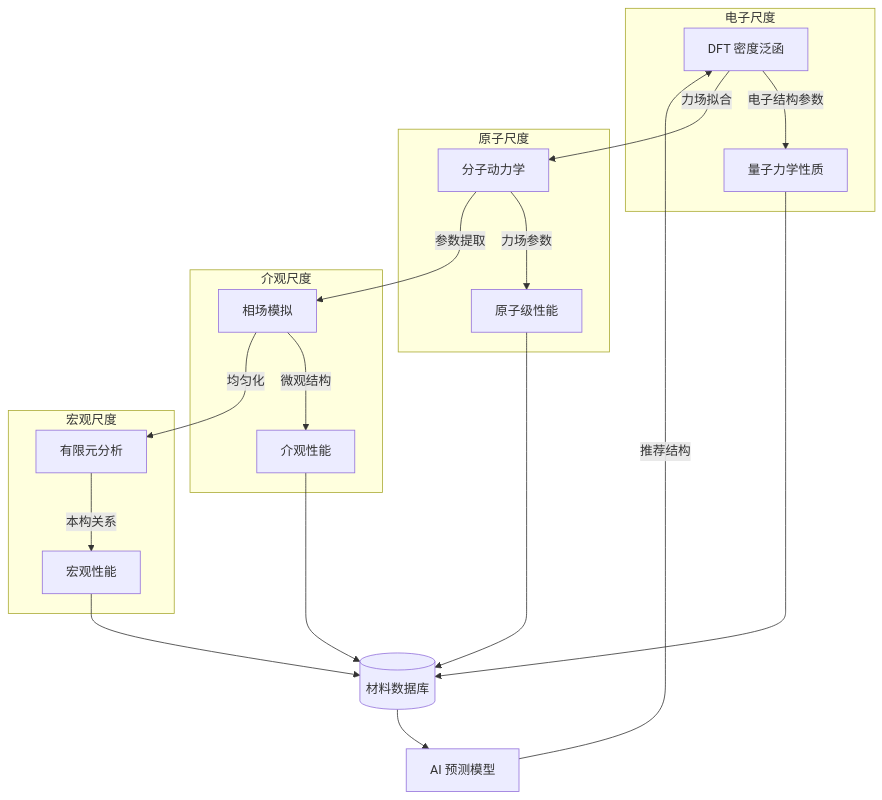
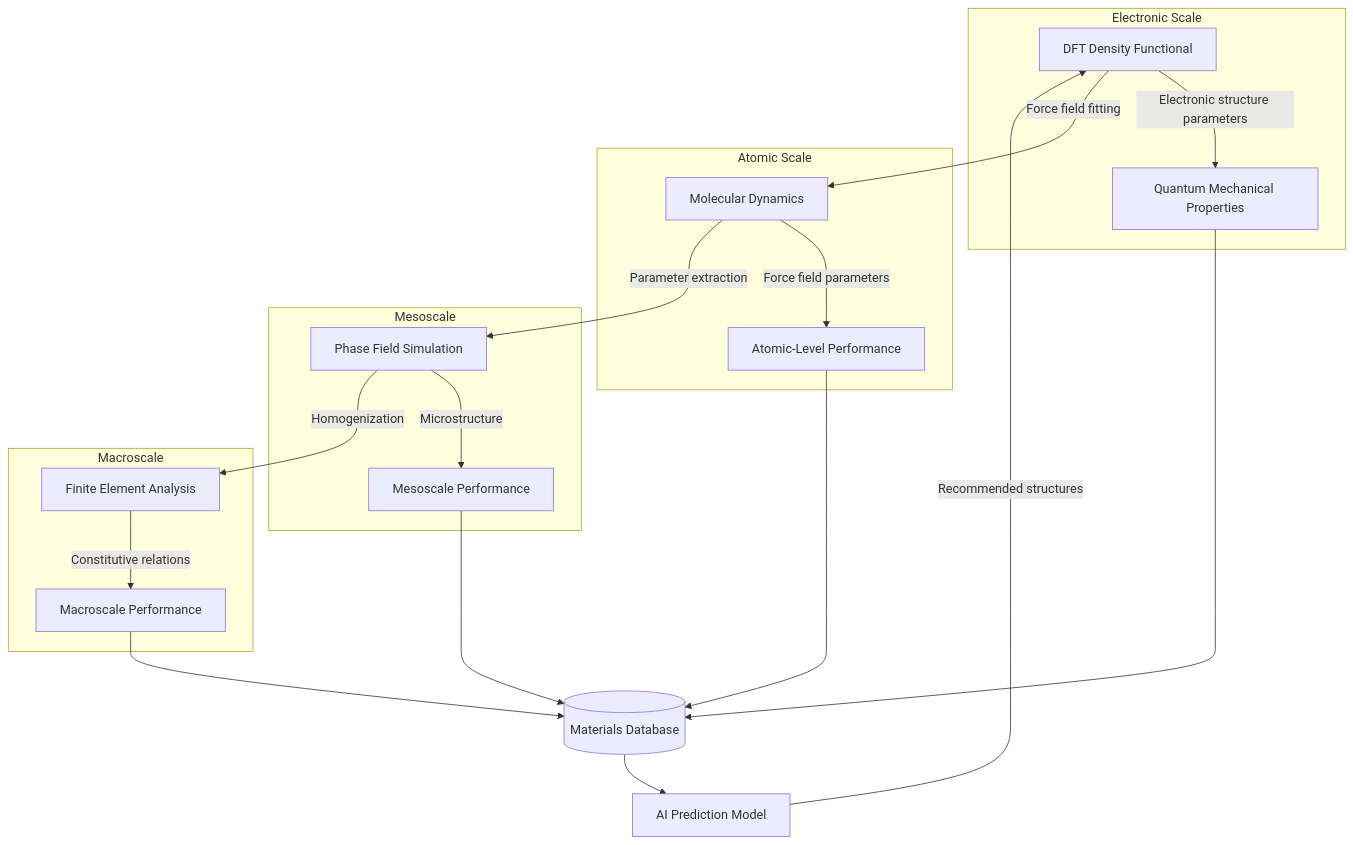
Before and after one commit to teaglebuilt/knowledge-tree: the third of 3 diagrams in tree/application/architecture/nanomaterials.md, drawn with Mermaid. The commit also changed other lines of this file and 22 other files, not shown here.

````diff
--- a/tree/application/architecture/nanomaterials.md
+++ b/tree/application/architecture/nanomaterials.md
@@ -234,34 +237,34 @@
 ```mermaid
 graph TB
-    subgraph 电子尺度
-        DFT[DFT 密度泛函]
-        DFT --> |电子结构参数| QM[量子力学性质]
+    subgraph Electronic Scale
+        DFT[DFT Density Functional]
+        DFT --> |Electronic structure parameters| QM[Quantum Mechanical Properties]
     end
 
-    subgraph 原子尺度
-        MD[分子动力学]
-        MD --> |力场参数| AT[原子级性能]
+    subgraph Atomic Scale
+        MD[Molecular Dynamics]
+        MD --> |Force field parameters| AT[Atomic-Level Performance]
     end
 
-    subgraph 介观尺度
-        PF[相场模拟]
-        PF --> |微观结构| MESO[介观性能]
+    subgraph Mesoscale
+        PF[Phase Field Simulation]
+        PF --> |Microstructure| MESO[Mesoscale Performance]
     end
 
-    subgraph 宏观尺度
-        FEM[有限元分析]
-        FEM --> |本构关系| MACRO[宏观性能]
+    subgraph Macroscale
+        FEM[Finite Element Analysis]
+        FEM --> |Constitutive relations| MACRO[Macroscale Performance]
     end
 
-    DFT --> |力场拟合| MD
-    MD --> |参数提取| PF
-    PF --> |均匀化| FEM
+    DFT --> |Force field fitting| MD
+    MD --> |Parameter extraction| PF
+    PF --> |Homogenization| FEM
 
-    QM --> DB[(材料数据库)]
+    QM --> DB[(Materials Database)]
     AT --> DB
     MESO --> DB
     MACRO --> DB
 
-    DB --> AI[AI 预测模型]
-    AI --> |推荐结构| DFT
+    DB --> AI[AI Prediction Model]
+    AI --> |Recommended structures| DFT
 ```
````
